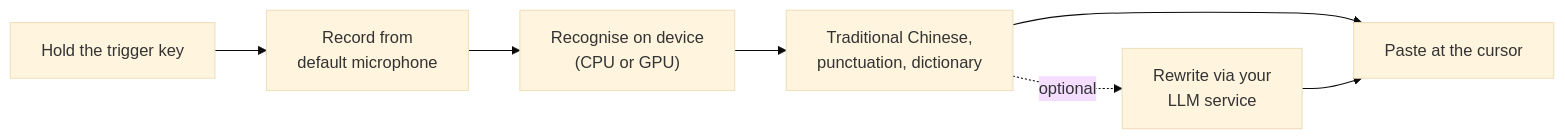
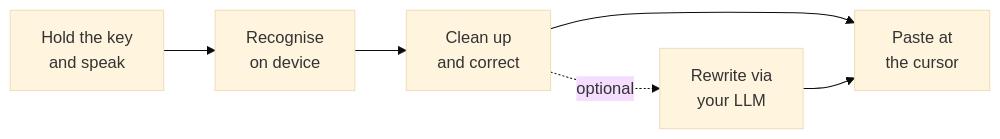
Before and after one commit to changemyminds/talk-type: the diagram in README.md, drawn with Mermaid (base theme). The commit also changed other lines of this file and 1 other file, not shown here.

Commit message:
docs: tidy features table header and simplify the flow diagram

````diff
--- a/README.md
+++ b/README.md
@@ -61,9 +61,8 @@
 ```mermaid
 flowchart LR
-    A["Hold the trigger key"] --> B["Record from<br/>default microphone"]
-    B --> C["Recognise on device<br/>(CPU or GPU)"]
-    C --> D["Traditional Chinese,<br/>punctuation, dictionary"]
-    D -. "optional" .-> E["Rewrite via your<br/>LLM service"]
-    D --> F["Paste at the cursor"]
+    A["Hold the key<br/>and speak"] --> C["Recognise<br/>on device"]
+    C --> D["Clean up<br/>and correct"]
+    D -. "optional" .-> E["Rewrite via<br/>your LLM"]
+    D --> F["Paste at<br/>the cursor"]
     E --> F
 ```
````
